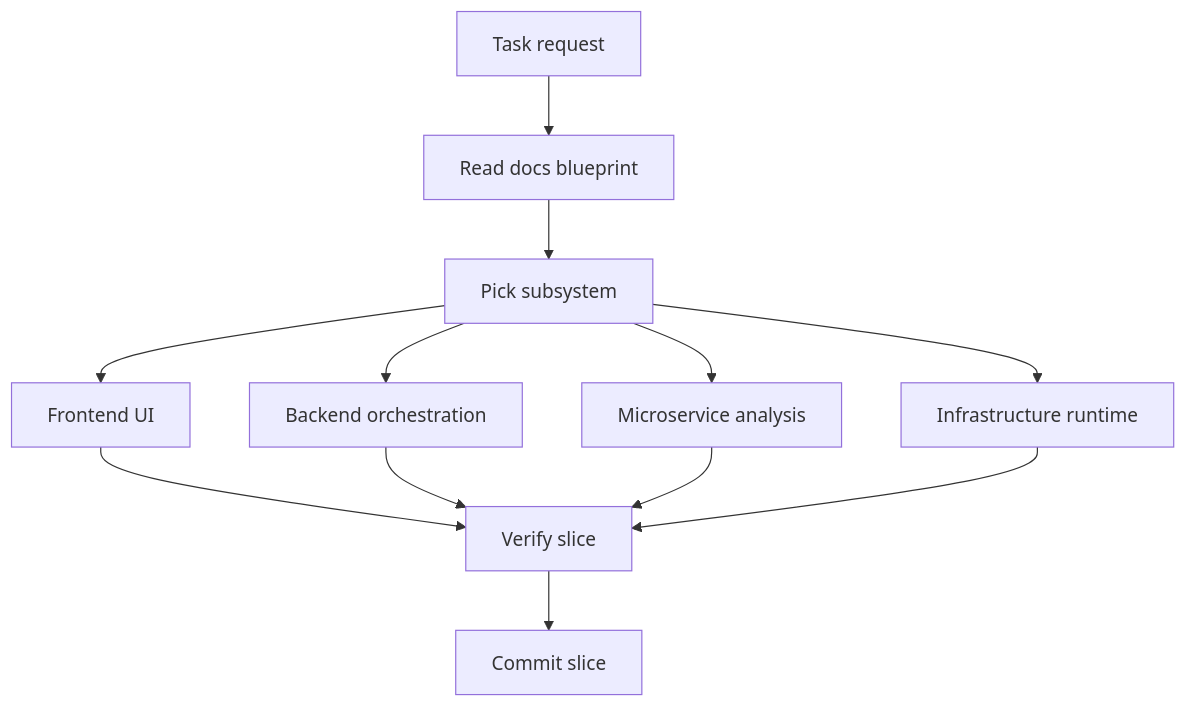
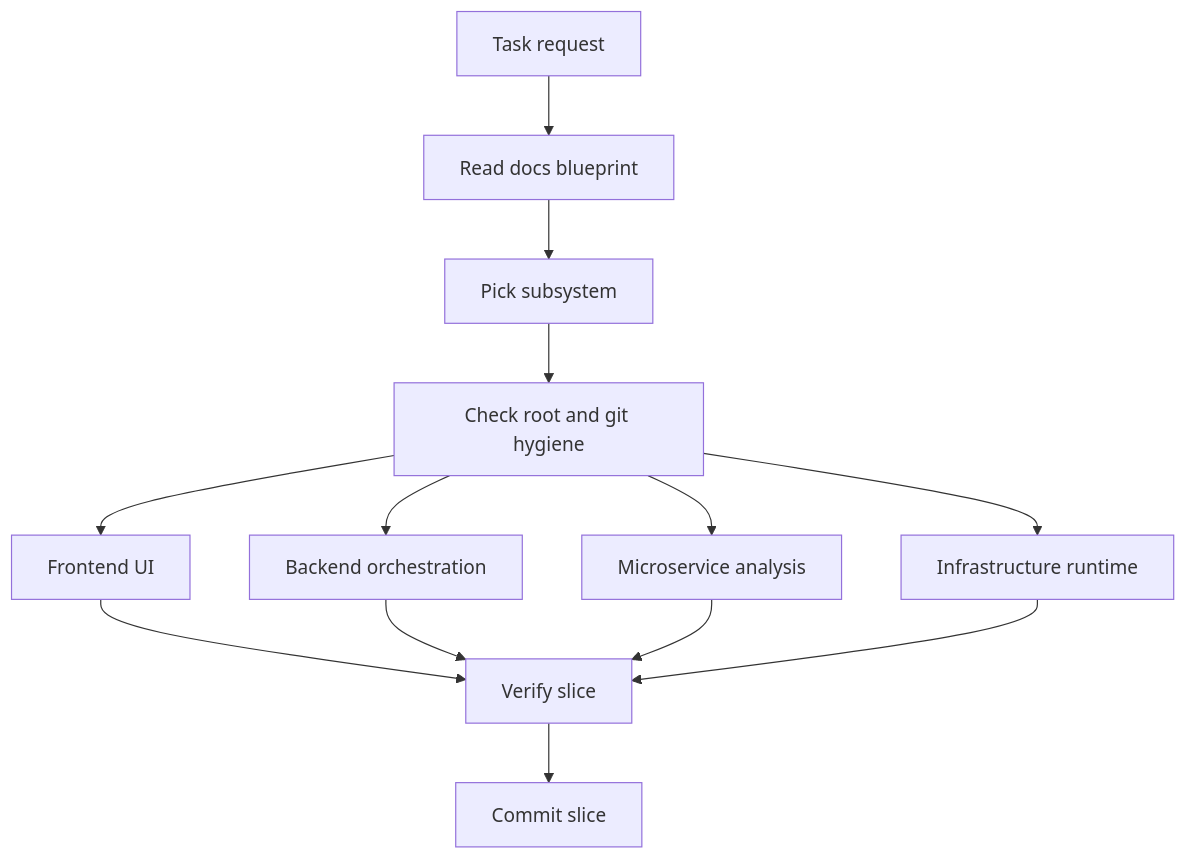
The diagram in docs/Codebase/CLEAN_CODE_ARCHITECTURE_PLAN.md (JohnAndrewBalbarosa/NeoTerritory), drawn with Mermaid before and after one commit. The commit also changed other lines of this file and 75 other files, not shown here.

First line of the commit message:
docs: align docs and git hygiene

````diff
--- a/docs/Codebase/CLEAN_CODE_ARCHITECTURE_PLAN.md
+++ b/docs/Codebase/CLEAN_CODE_ARCHITECTURE_PLAN.md
@@ -21,22 +23,23 @@
 ```mermaid
 flowchart TD
     Start["Task request"]
     D0["Read docs blueprint"]
     D1["Pick subsystem"]
+    D2["Check root and git hygiene"]
     F["Frontend UI"]
     B["Backend orchestration"]
     M["Microservice analysis"]
     I["Infrastructure runtime"]
     V["Verify slice"]
     End["Commit slice"]
-    Start --> D0 --> D1
-    D1 --> F
-    D1 --> B
-    D1 --> M
-    D1 --> I
+    Start --> D0 --> D1 --> D2
+    D2 --> F
+    D2 --> B
+    D2 --> M
+    D2 --> I
     F --> V
     B --> V
     M --> V
     I --> V
     V --> End
 ```
````
